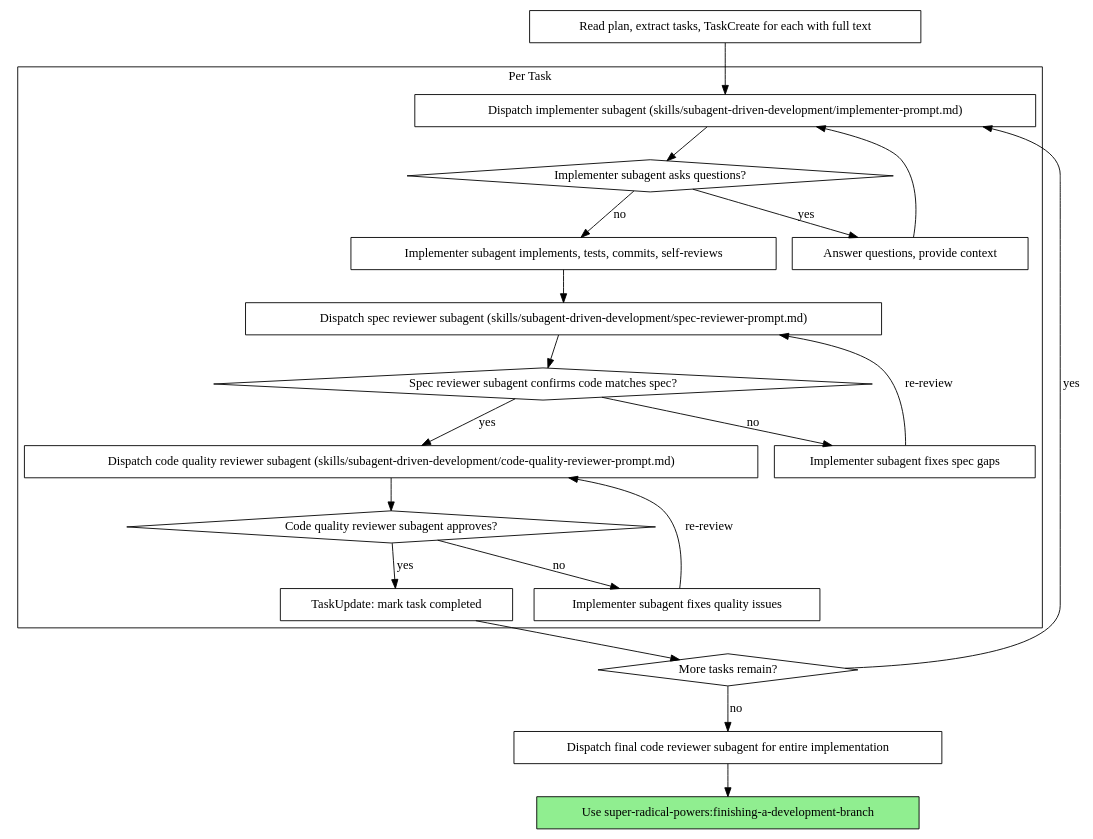
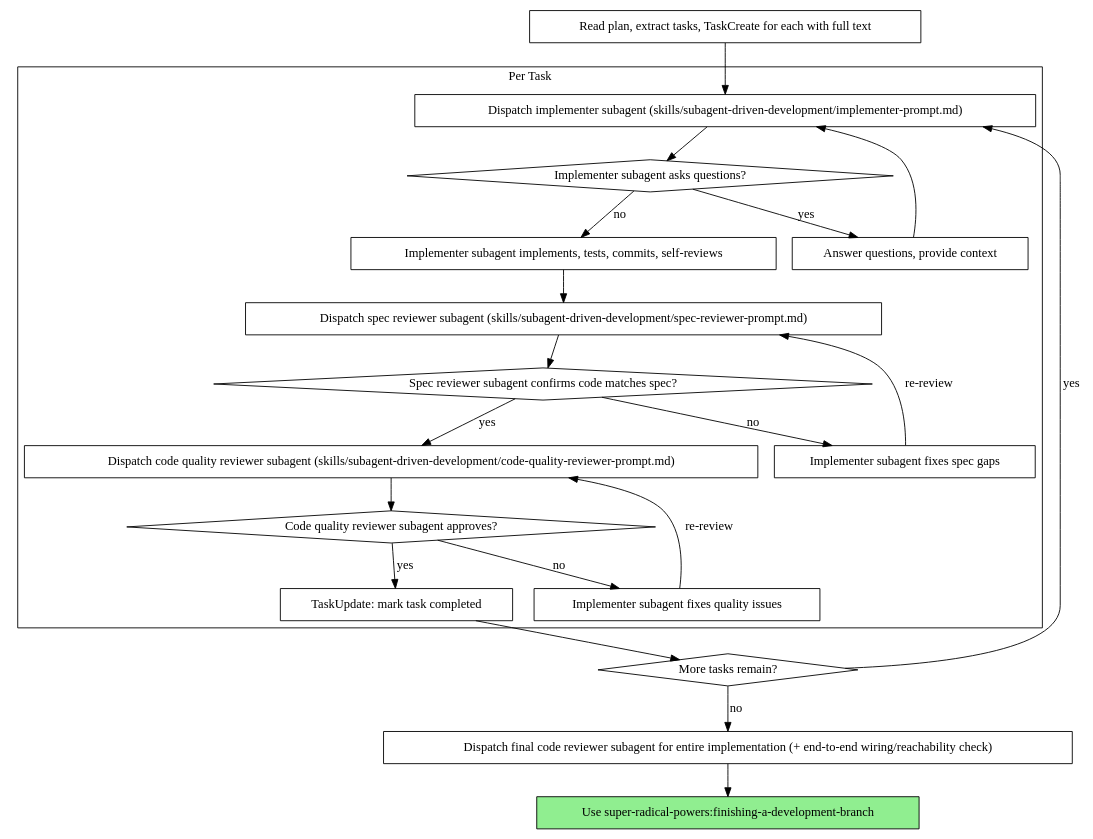
Before and after one commit to radicaldo/super-radical-powers: the second of 2 diagrams in skills/subagent-driven-development/SKILL.md, drawn with Graphviz. The commit also changed other lines of this file and 1 other file, not shown here.

Commit message:
feat(review): add whole-implementation end-to-end reachability check to final review

````diff
--- a/skills/subagent-driven-development/SKILL.md
+++ b/skills/subagent-driven-development/SKILL.md
@@ -42,44 +42,44 @@
 ```dot
 digraph process {
     rankdir=TB;
 
     subgraph cluster_per_task {
         label="Per Task";
         "Dispatch implementer subagent (skills/subagent-driven-development/implementer-prompt.md)" [shape=box];
         "Implementer subagent asks questions?" [shape=diamond];
         "Answer questions, provide context" [shape=box];
         "Implementer subagent implements, tests, commits, self-reviews" [shape=box];
         "Dispatch spec reviewer subagent (skills/subagent-driven-development/spec-reviewer-prompt.md)" [shape=box];
         "Spec reviewer subagent confirms code matches spec?" [shape=diamond];
         "Implementer subagent fixes spec gaps" [shape=box];
         "Dispatch code quality reviewer subagent (skills/subagent-driven-development/code-quality-reviewer-prompt.md)" [shape=box];
         "Code quality reviewer subagent approves?" [shape=diamond];
         "Implementer subagent fixes quality issues" [shape=box];
         "TaskUpdate: mark task completed" [shape=box];
     }
 
     "Read plan, extract tasks, TaskCreate for each with full text" [shape=box];
     "More tasks remain?" [shape=diamond];
-    "Dispatch final code reviewer subagent for entire implementation" [shape=box];
+    "Dispatch final code reviewer subagent for entire implementation (+ end-to-end wiring/reachability check)" [shape=box];
     "Use super-radical-powers:finishing-a-development-branch" [shape=box style=filled fillcolor=lightgreen];
 
     "Read plan, extract tasks, TaskCreate for each with full text" -> "Dispatch implementer subagent (skills/subagent-driven-development/implementer-prompt.md)";
     "Dispatch implementer subagent (skills/subagent-driven-development/implementer-prompt.md)" -> "Implementer subagent asks questions?";
     "Implementer subagent asks questions?" -> "Answer questions, provide context" [label="yes"];
     "Answer questions, provide context" -> "Dispatch implementer subagent (skills/subagent-driven-development/implementer-prompt.md)";
     "Implementer subagent asks questions?" -> "Implementer subagent implements, tests, commits, self-reviews" [label="no"];
     "Implementer subagent implements, tests, commits, self-reviews" -> "Dispatch spec reviewer subagent (skills/subagent-driven-development/spec-reviewer-prompt.md)";
     "Dispatch spec reviewer subagent (skills/subagent-driven-development/spec-reviewer-prompt.md)" -> "Spec reviewer subagent confirms code matches spec?";
     "Spec reviewer subagent confirms code matches spec?" -> "Implementer subagent fixes spec gaps" [label="no"];
     "Implementer subagent fixes spec gaps" -> "Dispatch spec reviewer subagent (skills/subagent-driven-development/spec-reviewer-prompt.md)" [label="re-review"];
     "Spec reviewer subagent confirms code matches spec?" -> "Dispatch code quality reviewer subagent (skills/subagent-driven-development/code-quality-reviewer-prompt.md)" [label="yes"];
     "Dispatch code quality reviewer subagent (skills/subagent-driven-development/code-quality-reviewer-prompt.md)" -> "Code quality reviewer subagent approves?";
     "Code quality reviewer subagent approves?" -> "Implementer subagent fixes quality issues" [label="no"];
     "Implementer subagent fixes quality issues" -> "Dispatch code quality reviewer subagent (skills/subagent-driven-development/code-quality-reviewer-prompt.md)" [label="re-review"];
     "Code quality reviewer subagent approves?" -> "TaskUpdate: mark task completed" [label="yes"];
     "TaskUpdate: mark task completed" -> "More tasks remain?";
     "More tasks remain?" -> "Dispatch implementer subagent (skills/subagent-driven-development/implementer-prompt.md)" [label="yes"];
-    "More tasks remain?" -> "Dispatch final code reviewer subagent for entire implementation" [label="no"];
-    "Dispatch final code reviewer subagent for entire implementation" -> "Use super-radical-powers:finishing-a-development-branch";
+    "More tasks remain?" -> "Dispatch final code reviewer subagent for entire implementation (+ end-to-end wiring/reachability check)" [label="no"];
+    "Dispatch final code reviewer subagent for entire implementation (+ end-to-end wiring/reachability check)" -> "Use super-radical-powers:finishing-a-development-branch";
 }
 ```
````
